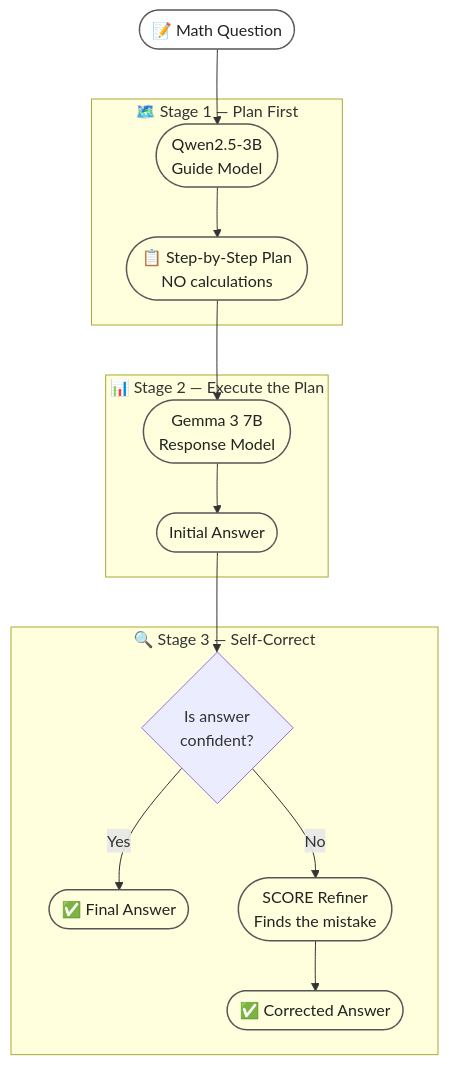
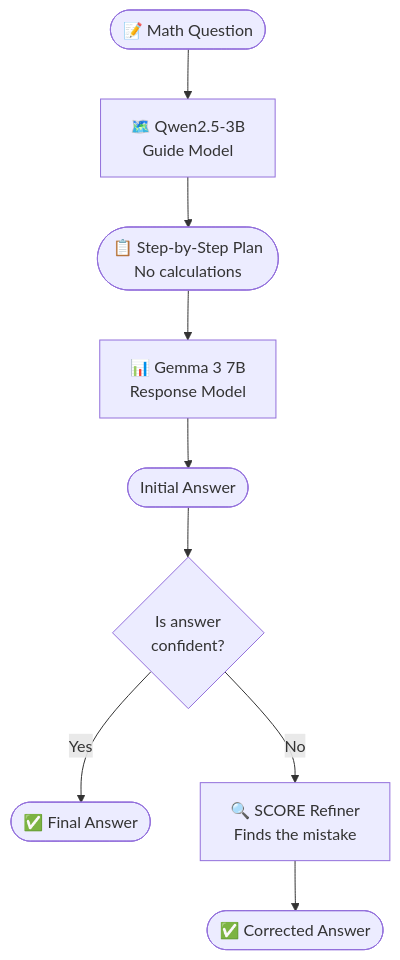
One commit to sadi2003q/Small-Language-Model changed the first of 5 diagrams in week02_Adnan/Guide.md. Above: the diagram before and after it, drawn with Mermaid. The commit also changed other lines of this file, not shown here.

````diff
--- a/week02_Adnan/Guide.md
+++ b/week02_Adnan/Guide.md
@@ -28,32 +28,12 @@
 ```mermaid
 flowchart TD
-    A([📝 Math Question]):::clean
-
-    subgraph SGFT ["🗺️ Stage 1 — Plan First"]
-        B([Qwen2.5-3B\nGuide Model]):::clean
-        C([📋 Step-by-Step Plan\nNO calculations]):::clean
-        B --> C
-    end
-
-    subgraph RESPONSE ["📊 Stage 2 — Execute the Plan"]
-        D([Gemma 3 7B\nResponse Model]):::clean
-        E([Initial Answer]):::clean
-        D --> E
-    end
-
-    subgraph SCORE ["🔍 Stage 3 — Self-Correct"]
-        F{Is answer\nconfident?}
-        G([✅ Final Answer]):::clean
-        H([SCORE Refiner\nFinds the mistake]):::clean
-        I([✅ Corrected Answer]):::clean
-        F -- Yes --> G
-        F -- No --> H
-        H --> I
-    end
-
-    A --> B
-    C --> D
-    E --> F
-
-    classDef clean fill:none,stroke:#555,stroke-width:1.5px,color:#222
+    A(["📝 Math Question"]) --> B
+    B["🗺️ Qwen2.5-3B\nGuide Model"] --> C
+    C(["📋 Step-by-Step Plan\nNo calculations"]) --> D
+    D["📊 Gemma 3 7B\nResponse Model"] --> E
+    E(["Initial Answer"]) --> F
+    F{"Is answer\nconfident?"}
+    F -- Yes --> G(["✅ Final Answer"])
+    F -- No --> H["🔍 SCORE Refiner\nFinds the mistake"]
+    H --> I(["✅ Corrected Answer"])
 ```
````
